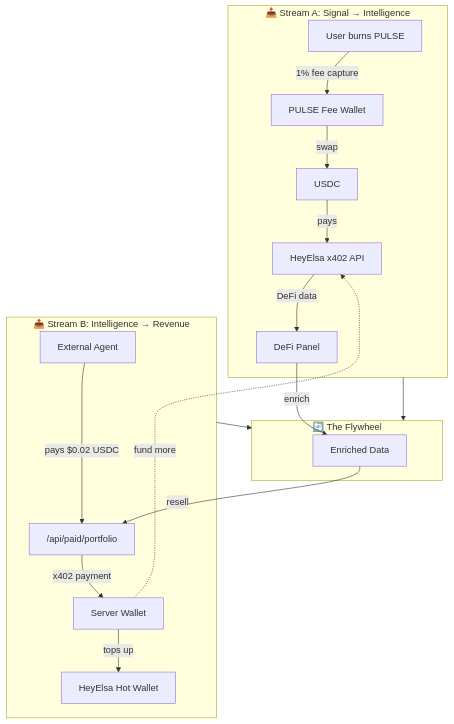
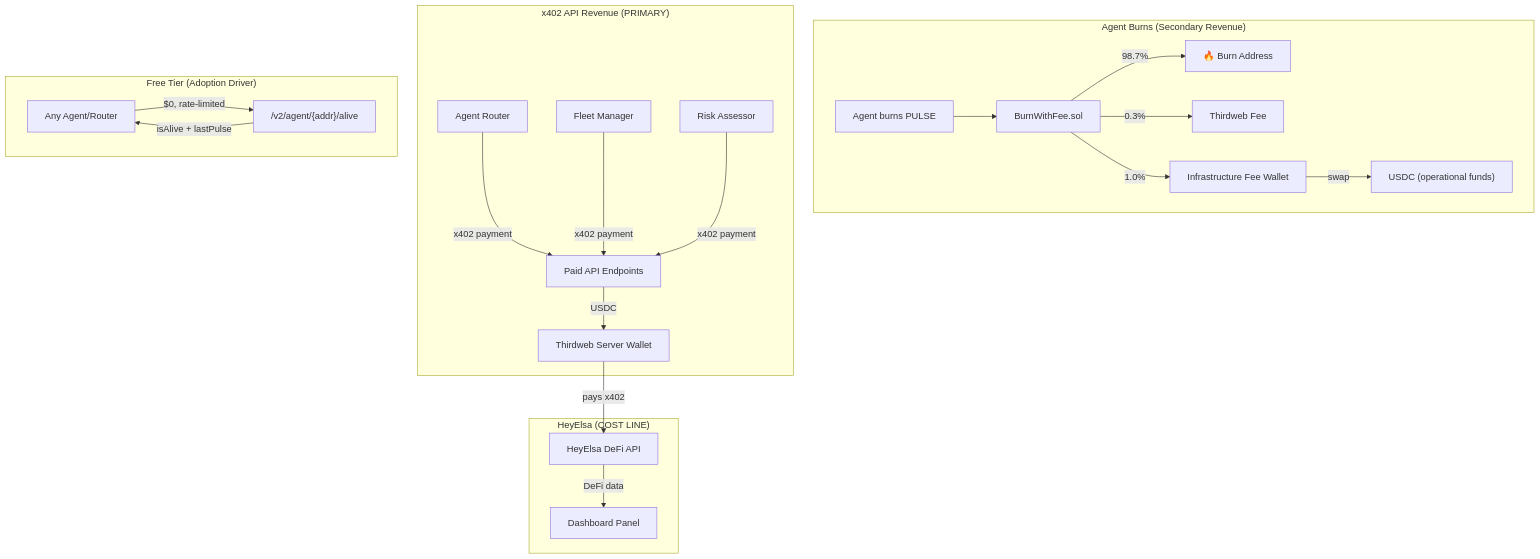
Before and after one commit to consensus-hq/agent-pulse: the diagram in docs/DUAL_X402_ECONOMY.md, drawn with Mermaid. The commit also changed other lines of this file and 6 other files, not shown here.

````diff
--- a/docs/DUAL_X402_ECONOMY.md
+++ b/docs/DUAL_X402_ECONOMY.md
@@ -5,24 +16,27 @@
 ```mermaid
 flowchart TB
-    subgraph StreamA["📥 Stream A: Signal → Intelligence"]
-        User["User burns PULSE"] -->|"1% fee capture"| FeeWallet["PULSE Fee Wallet"]
-        FeeWallet -->|swap| USDC1["USDC"]
-        USDC1 -->|pays| HeyElsa["HeyElsa x402 API"]
-        HeyElsa -->|DeFi data| DeFiPanel["DeFi Panel"]
+    subgraph Burns["Agent Burns (Secondary Revenue)"]
+        Agent["Agent burns PULSE"] --> BurnWithFee["BurnWithFee.sol"]
+        BurnWithFee -->|"98.7%"| Dead["🔥 Burn Address"]
+        BurnWithFee -->|"0.3%"| TW["Thirdweb Fee"]
+        BurnWithFee -->|"1.0%"| FeeWallet["Infrastructure Fee Wallet"]
+        FeeWallet -->|"swap"| USDC1["USDC (operational funds)"]
     end
-    
-    subgraph StreamB["📤 Stream B: Intelligence → Revenue"]
-        ExtAgent["External Agent"] -->|"pays $0.02 USDC"| PaidAPI["/api/paid/portfolio"]
-        PaidAPI -->|x402 payment| ServerWallet["Server Wallet"]
-        ServerWallet -->|tops up| HotWallet["HeyElsa Hot Wallet"]
+
+    subgraph Revenue["x402 API Revenue (PRIMARY)"]
+        Router["Agent Router"] -->|"x402 payment"| PaidAPI["Paid API Endpoints"]
+        Fleet["Fleet Manager"] -->|"x402 payment"| PaidAPI
+        Insurer["Risk Assessor"] -->|"x402 payment"| PaidAPI
+        PaidAPI -->|"USDC"| ServerWallet["Thirdweb Server Wallet"]
     end
-    
-    subgraph Flywheel["🔄 The Flywheel"]
-        DeFiPanel -->|enrich| Enriched["Enriched Data"]
-        Enriched -->|resell| PaidAPI
-        ServerWallet -.->|fund more| HeyElsa
+
+    subgraph Cost["HeyElsa (COST LINE)"]
+        ServerWallet -->|"pays x402"| HeyElsa["HeyElsa DeFi API"]
+        HeyElsa -->|"DeFi data"| Panel["Dashboard Panel"]
     end
-    
-    StreamA --> Flywheel
-    StreamB --> Flywheel
+
+    subgraph Free["Free Tier (Adoption Driver)"]
+        AnyAgent["Any Agent/Router"] -->|"$0, rate-limited"| FreeAPI["/v2/agent/{addr}/alive"]
+        FreeAPI -->|"isAlive + lastPulse"| AnyAgent
+    end
 ```
````
